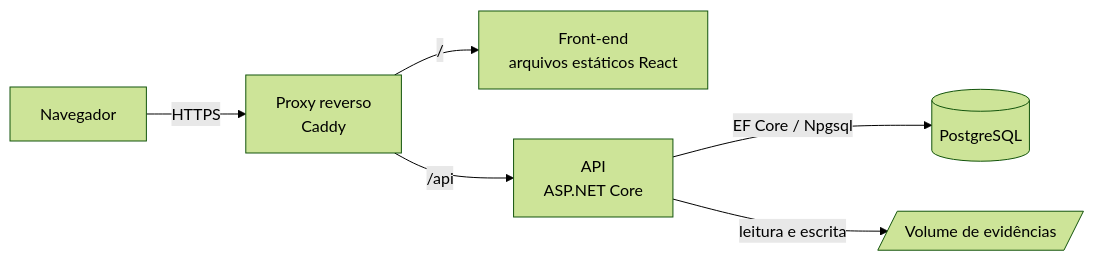
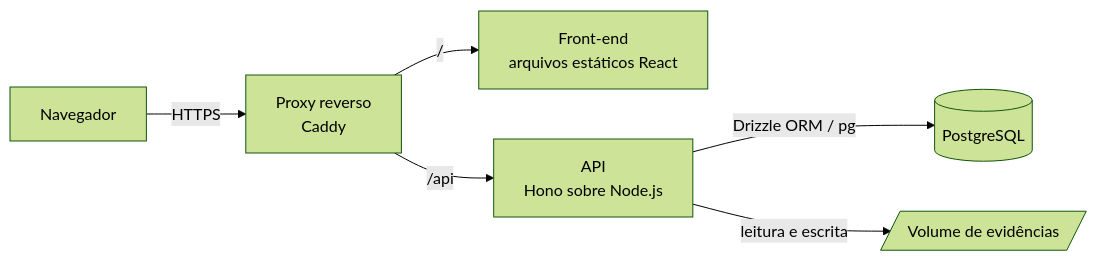
Before and after one commit to DanielTrindade/vulncase: the diagram in docs/04-arquitetura.md, drawn with Mermaid (forest theme). The commit also changed other lines of this file and 10 other files, not shown here.

Commit message:
docs: adota Hono, Drizzle e Node.js como pilha do back-end

````diff
--- a/docs/04-arquitetura.md
+++ b/docs/04-arquitetura.md
@@ -9,8 +9,8 @@
 ```mermaid
 flowchart LR
     B[Navegador] -->|HTTPS| P[Proxy reverso<br/>Caddy]
     P -->|/| F[Front-end<br/>arquivos estáticos React]
-    P -->|/api| A[API<br/>ASP.NET Core]
-    A -->|EF Core / Npgsql| D[(PostgreSQL)]
+    P -->|/api| A[API<br/>Hono sobre Node.js]
+    A -->|Drizzle ORM / pg| D[(PostgreSQL)]
     A -->|leitura e escrita| E[/Volume de evidências/]
 ```
````
